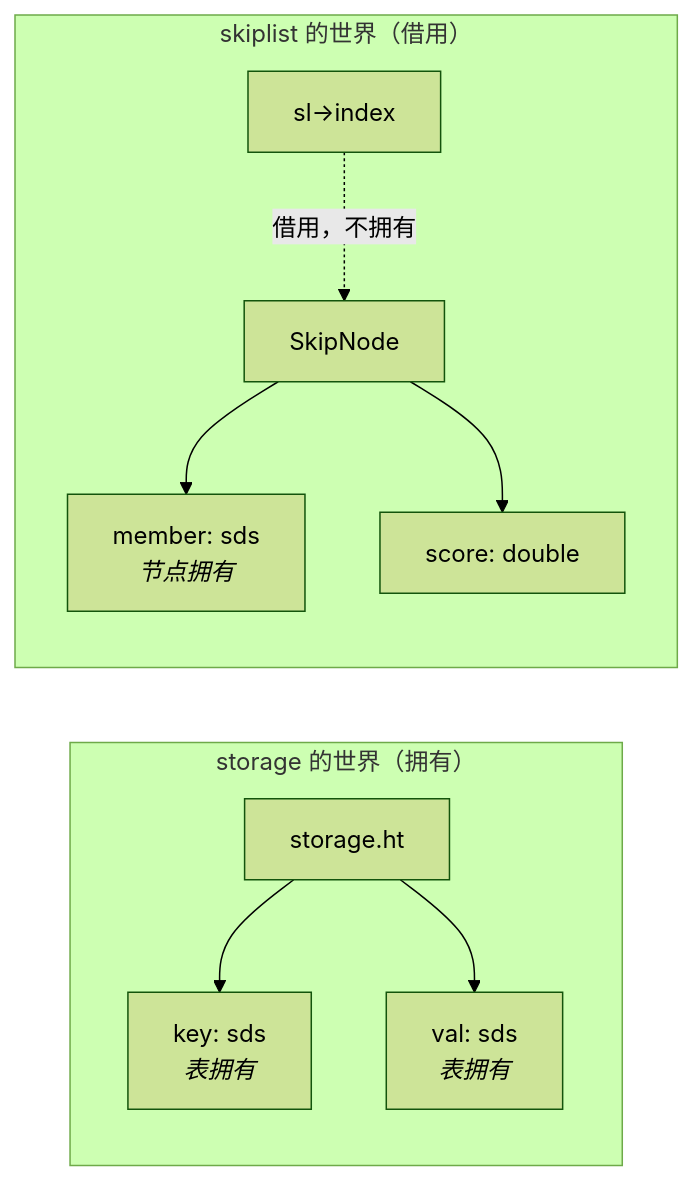
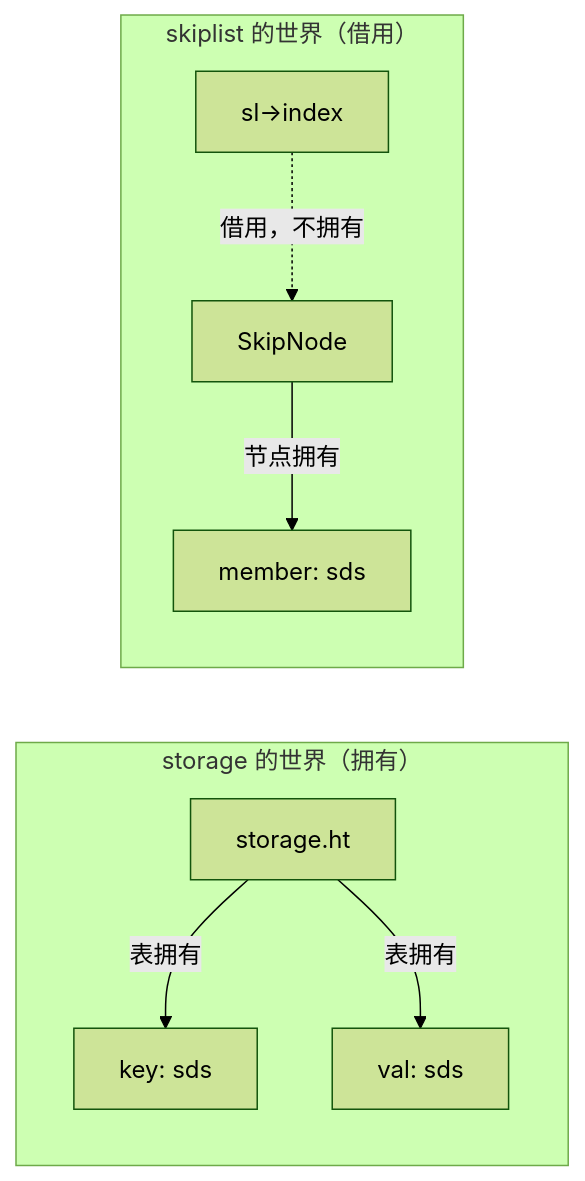
The third of 8 diagrams in docs/字典设计.md (huangguodong234/mini-redis), drawn with Mermaid (forest theme) before and after one commit. The commit also changed other lines of this file and 8 other files, not shown here.

````diff
--- a/docs/字典设计.md
+++ b/docs/字典设计.md
@@ -82,13 +146,11 @@
 ```mermaid
 flowchart LR
     subgraph S["storage 的世界（拥有）"]
-        SH["storage.ht"] --> SE1["key: sds<br/><i>表拥有</i>"]
-        SH --> SE2["val: sds<br/><i>表拥有</i>"]
+        SH["storage.ht"] -->|"表拥有"| SE1["key: sds"]
+        SH -->|"表拥有"| SE2["val: sds"]
     end
-
     subgraph K["skiplist 的世界（借用）"]
         KI["sl->index"] -.->|"借用，不拥有"| KN["SkipNode"]
-        KN --> KM["member: sds<br/><i>节点拥有</i>"]
-        KN --> KS["score: double"]
+        KN -->|"节点拥有"| KM["member: sds"]
     end
 ```
````
